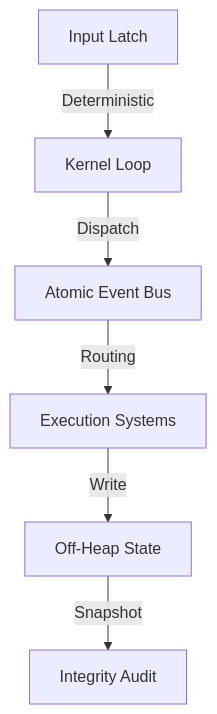
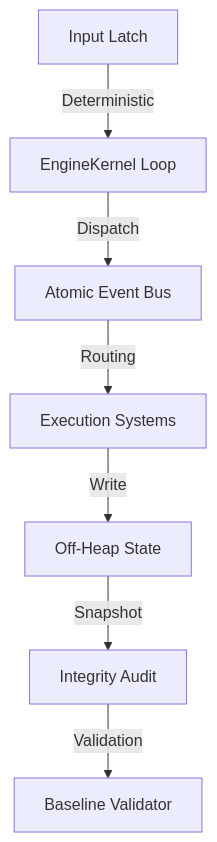
Before and after one commit to MarvinGokuu/VolcanEngine: the diagram in docs/architecture/ARQUITECTURA_VOLCAN_ENGINE.md, drawn with Mermaid. The commit also changed other lines of this file and 1 other file, not shown here.

````diff
--- a/docs/architecture/ARQUITECTURA_VOLCAN_ENGINE.md
+++ b/docs/architecture/ARQUITECTURA_VOLCAN_ENGINE.md
@@ -19,8 +20,9 @@
 ```mermaid
 graph TD
-    Input[Input Latch] -->|Deterministic| Kernel[Kernel Loop]
+    Input[Input Latch] -->|Deterministic| Kernel[EngineKernel Loop]
     Kernel -->|Dispatch| Bus[Atomic Event Bus]
     Bus -->|Routing| Systems[Execution Systems]
     Systems -->|Write| State[Off-Heap State]
     State -->|Snapshot| Audit[Integrity Audit]
+    Audit -->|Validation| Baseline[Baseline Validator]
 ```
````
